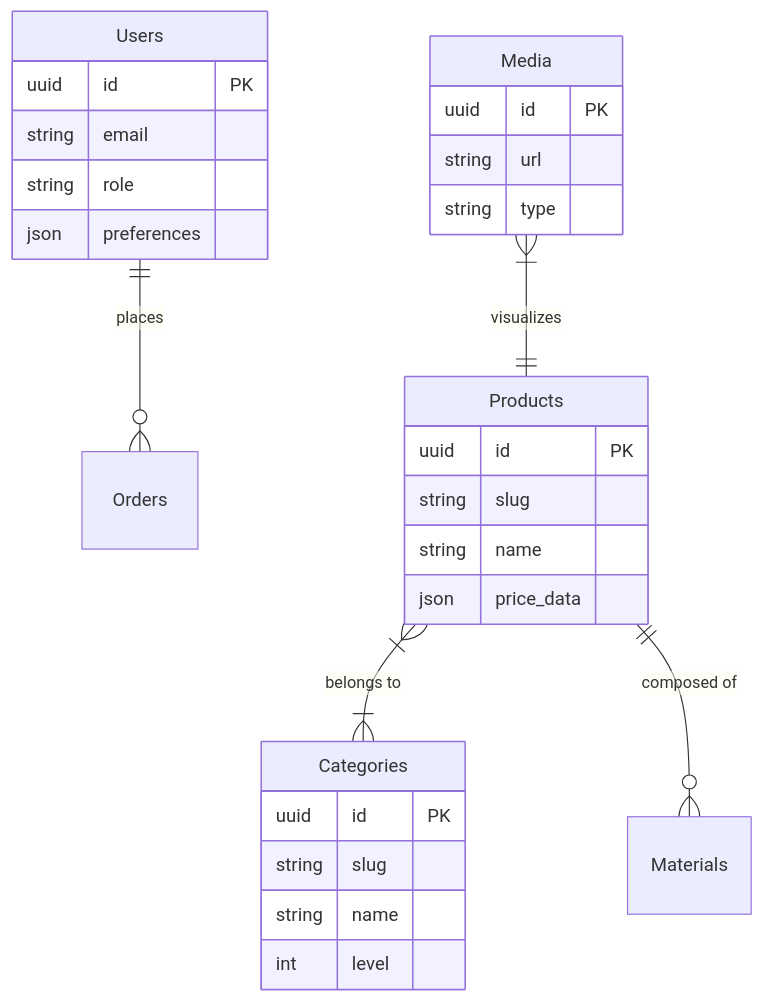
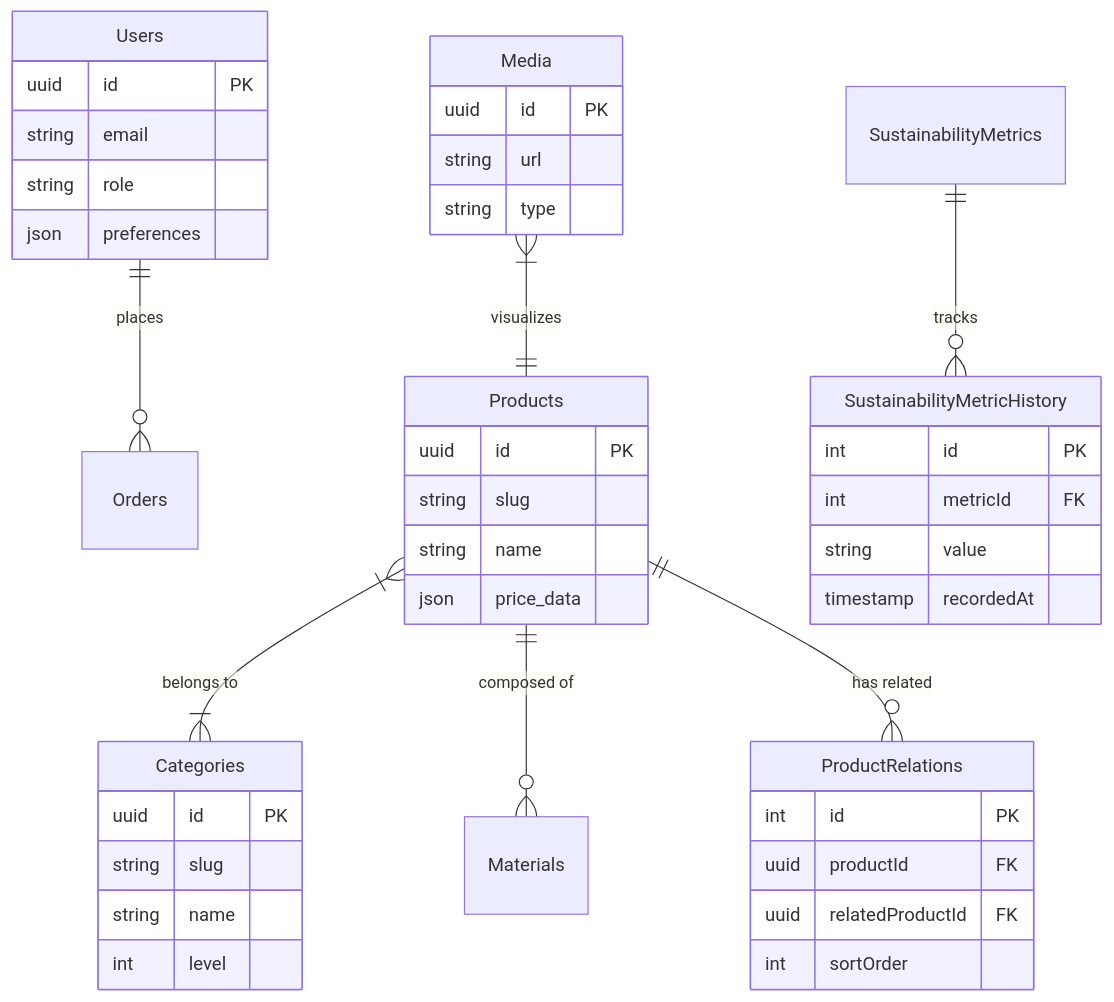
One commit to hateem2121/RUN changed the fourth of 4 diagrams in docs/core/architecture.md. Above: the diagram before and after it, drawn with Mermaid. The commit also changed other lines of this file and 106 other files, not shown here.

First line of the commit message:
feat(arch): architecture hardening and CMS normalization (100/100 score)

````diff
--- a/docs/core/architecture.md
+++ b/docs/core/architecture.md
@@ -152,33 +152,49 @@
 ```mermaid
 erDiagram
     Users ||--o{ Orders : places
     Users {
         uuid id PK
         string email
         string role
         json preferences
     }
 
     Products }|--|{ Categories : "belongs to"
     Products ||--o{ Materials : "composed of"
+    Products ||--o{ ProductRelations : "has related"
     Products {
         uuid id PK
         string slug
         string name
         json price_data
+    }
+
+    ProductRelations {
+        int id PK
+        uuid productId FK
+        uuid relatedProductId FK
+        int sortOrder
     }
 
     Categories {
         uuid id PK
         string slug
         string name
         int level
     }
 
     Media }|--|| Products : "visualizes"
     Media {
         uuid id PK
         string url
         string type
     }
+
+    SustainabilityMetrics ||--o{ SustainabilityMetricHistory : "tracks"
+    SustainabilityMetricHistory {
+        int id PK
+        int metricId FK
+        string value
+        timestamp recordedAt
+    }
 ```
````
